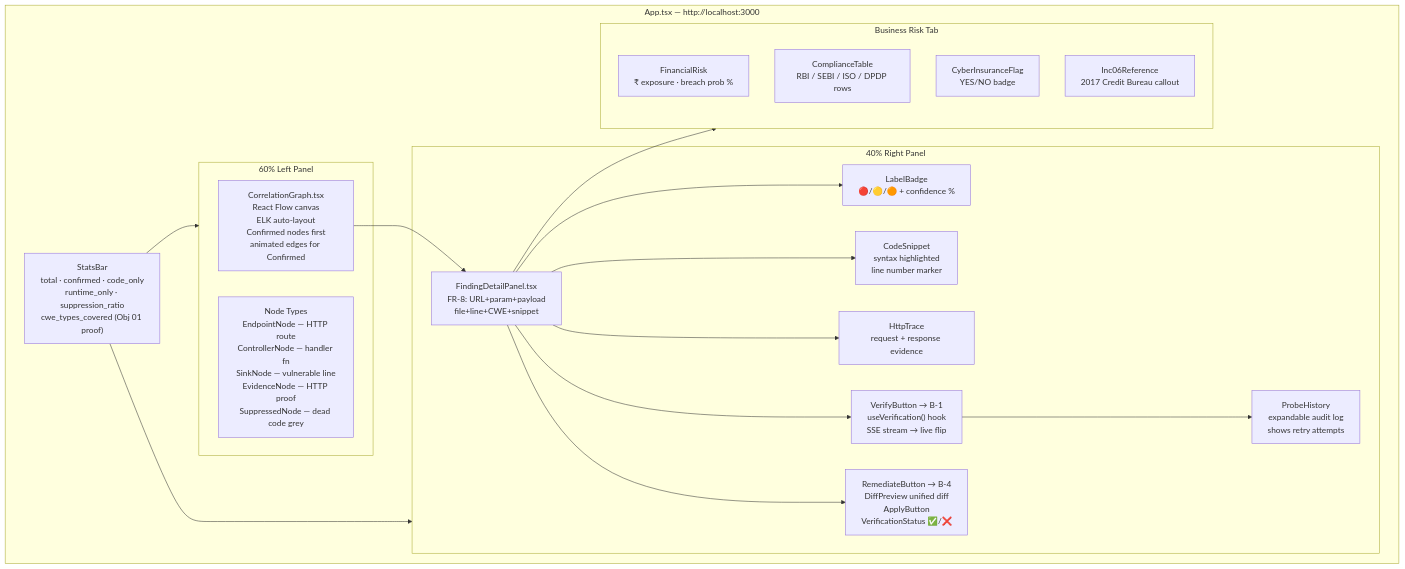
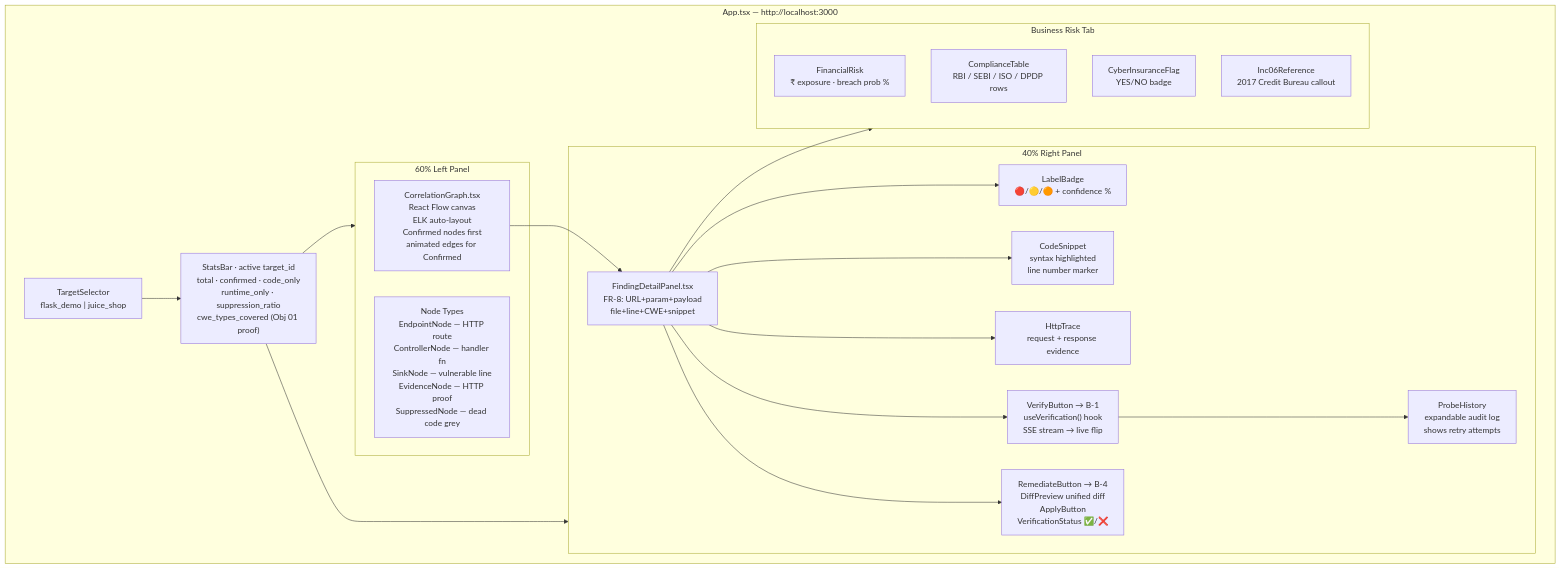
Diagram 15 of 25 in docs/P06-Architecture.md (Halcyora/mitigata), drawn with Mermaid before and after one commit. The commit also changed other lines of this file and 2 other files, not shown here.

First line of the commit message:
Enhance correlation engine documentation with target_id requirements and clarify merging logic

````diff
--- a/docs/P06-Architecture.md
+++ b/docs/P06-Architecture.md
@@ -519,35 +527,37 @@
 ```mermaid
 graph TD
     subgraph APP["App.tsx — http://localhost:3000"]
-        SB["StatsBar\ntotal · confirmed · code_only\nruntime_only · suppression_ratio\ncwe_types_covered (Obj 01 proof)"]
+        TS["TargetSelector\nflask_demo | juice_shop"]
+        SB["StatsBar · active target_id\ntotal · confirmed · code_only\nruntime_only · suppression_ratio\ncwe_types_covered (Obj 01 proof)"]
 
         subgraph LEFT["60% Left Panel"]
             CG["CorrelationGraph.tsx\nReact Flow canvas\nELK auto-layout\nConfirmed nodes first\nanimated edges for Confirmed"]
             NT["Node Types\nEndpointNode — HTTP route\nControllerNode — handler fn\nSinkNode — vulnerable line\nEvidenceNode — HTTP proof\nSuppressedNode — dead code grey"]
         end
 
         subgraph RIGHT["40% Right Panel"]
             DP["FindingDetailPanel.tsx\nFR-8: URL+param+payload\nfile+line+CWE+snippet"]
             LB["LabelBadge\n🔴/🟡/🟠 + confidence %"]
             CS["CodeSnippet\nsyntax highlighted\nline number marker"]
             HT["HttpTrace\nrequest + response evidence"]
             VB["VerifyButton → B-1\nuseVerification() hook\nSSE stream → live flip"]
             PH["ProbeHistory\nexpandable audit log\nshows retry attempts"]
             RB["RemediateButton → B-4\nDiffPreview unified diff\nApplyButton\nVerificationStatus ✅/❌"]
         end
 
         subgraph RISK["Business Risk Tab"]
             FR["FinancialRisk\n₹ exposure · breach prob %"]
             CT["ComplianceTable\nRBI / SEBI / ISO / DPDP rows"]
             CI["CyberInsuranceFlag\nYES/NO badge"]
             IR["Inc06Reference\n2017 Credit Bureau callout"]
         end
     end
 
+    TS --> SB
     SB --> LEFT
     SB --> RIGHT
     CG --> DP
     DP --> LB & CS & HT & VB & RB
     VB --> PH
     DP --> RISK
 ```
````
